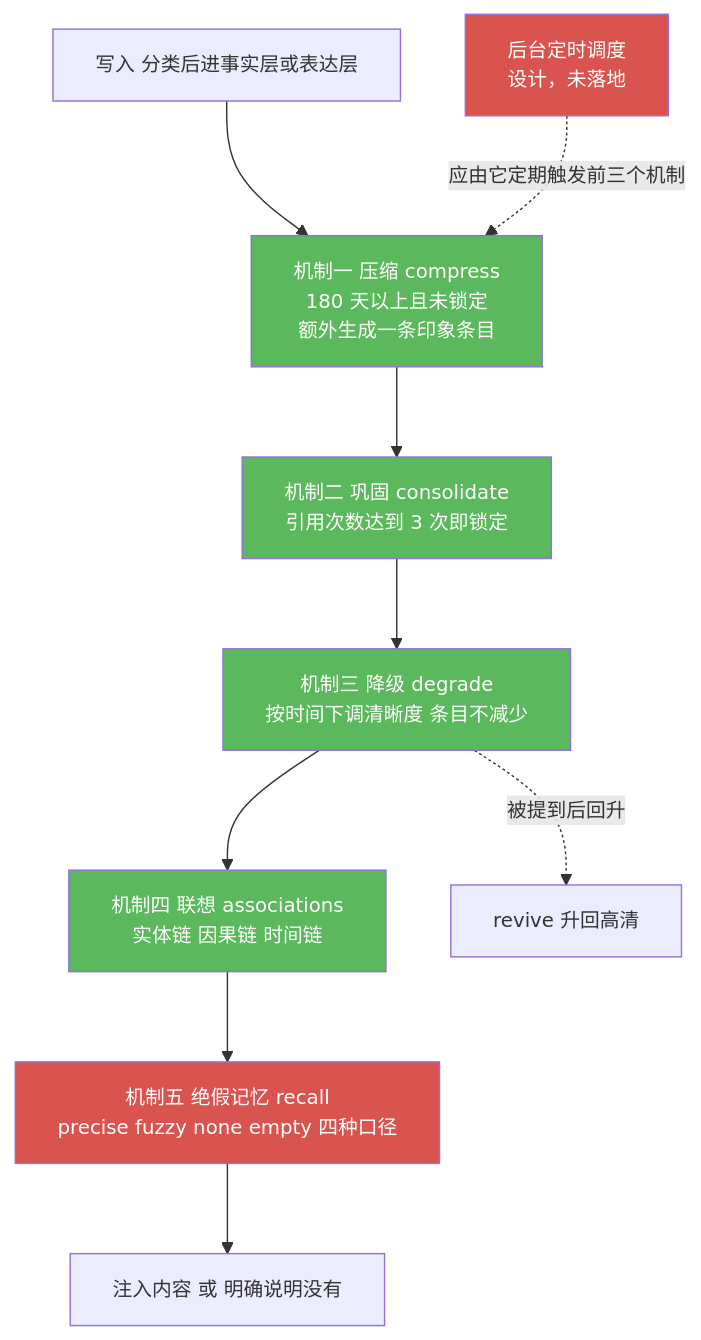
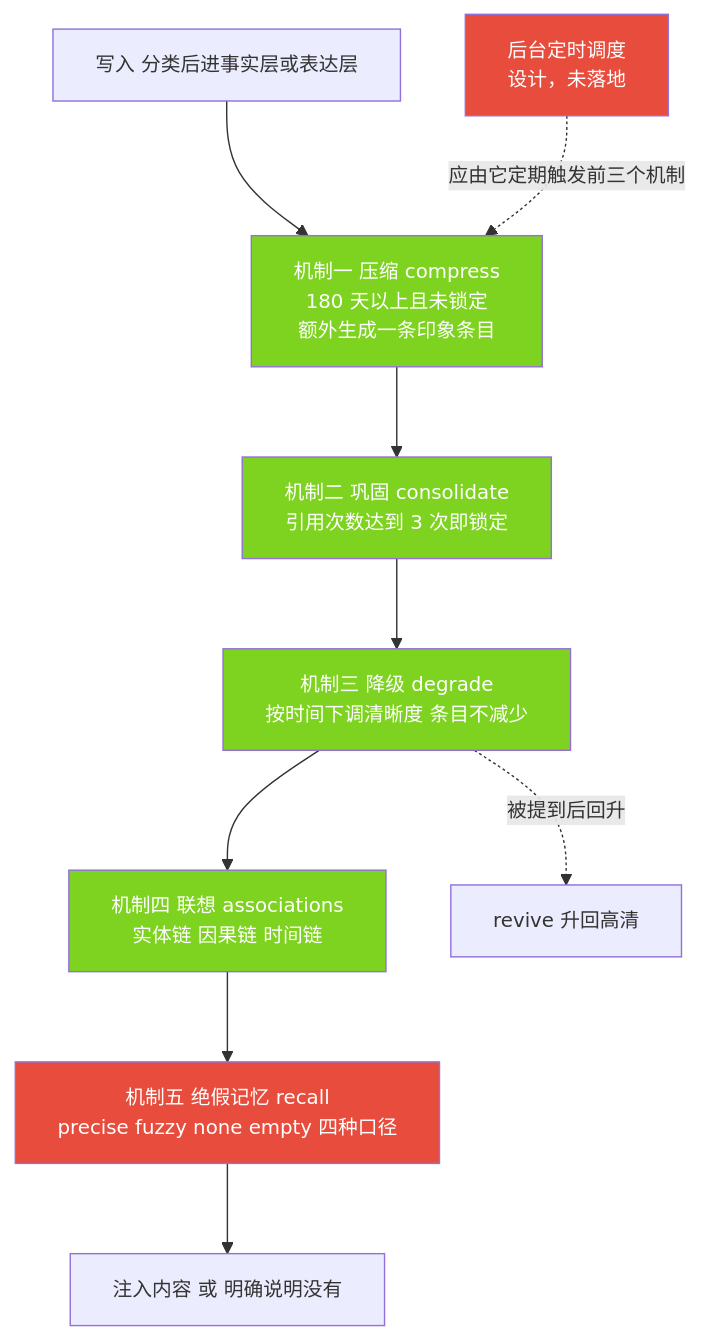
Before and after one commit to jiangchuangege/xiaojiao-harnees: the third of 5 diagrams in docs/modules/03-memory-depth.md, drawn with Mermaid. The commit also changed other lines of this file and 32 other files, not shown here.

Commit message:
统一：全仓原理图配色到一套调色板 + 给 12 张灰图补色 + 修正自己会睡那张过期图

````diff
--- a/docs/modules/03-memory-depth.md
+++ b/docs/modules/03-memory-depth.md
@@ -208,19 +208,19 @@
 ```mermaid
 %%{init: {"themeVariables": {"fontSize": "14px"}, "flowchart": {"htmlLabels": true, "wrappingWidth": 340, "nodeSpacing": 46, "rankSpacing": 64, "useMaxWidth": true}}}%%
 flowchart TB
     W["写入 分类后进事实层或表达层"] --> M1["机制一 压缩 compress<br/>180 天以上且未锁定<br/>额外生成一条印象条目"]
     M1 --> M2["机制二 巩固 consolidate<br/>引用次数达到 3 次即锁定"]
     M2 --> M3["机制三 降级 degrade<br/>按时间下调清晰度 条目不减少"]
     M3 --> M4["机制四 联想 associations<br/>实体链 因果链 时间链"]
     M4 --> M5["机制五 绝假记忆 recall<br/>precise fuzzy none empty 四种口径"]
     M3 -.->|"被提到后回升"| RB["revive 升回高清"]
     M5 --> OUT["注入内容 或 明确说明没有"]
     SCH["后台定时调度<br/>设计，未落地"] -.->|"应由它定期触发前三个机制"| M1
 
-    style M1 fill:#5cb85c,color:#fff
-    style M2 fill:#5cb85c,color:#fff
-    style M3 fill:#5cb85c,color:#fff
-    style M4 fill:#5cb85c,color:#fff
-    style M5 fill:#d9534f,color:#fff
-    style SCH fill:#d9534f,color:#fff
+    style M1 fill:#7ED321,color:#fff
+    style M2 fill:#7ED321,color:#fff
+    style M3 fill:#7ED321,color:#fff
+    style M4 fill:#7ED321,color:#fff
+    style M5 fill:#E74C3C,color:#fff
+    style SCH fill:#E74C3C,color:#fff
 ```
````
